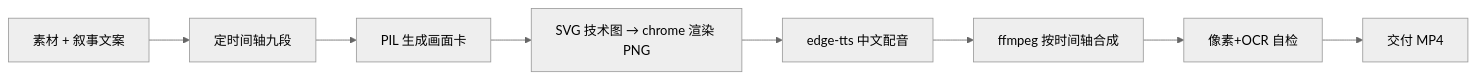
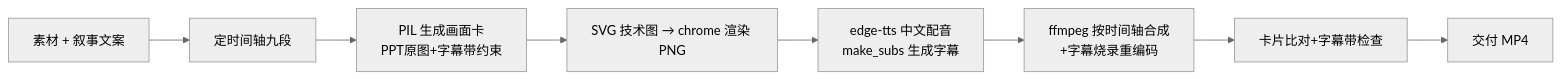
Before and after one commit to Frido0319/explainer-video-builder-skill: the diagram in README.md, drawn with Mermaid (neutral theme). The commit also changed other lines of this file and 9 other files, not shown here.

First line of the commit message:
Update skill: PPT原图铁律 + 自动中文字幕 + 字幕带约束

````diff
--- a/README.md
+++ b/README.md
@@ -92,10 +97,10 @@
 ```mermaid
 flowchart LR
   A[素材 + 叙事文案] --> B[定时间轴九段]
-  B --> C[PIL 生成画面卡]
+  B --> C[PIL 生成画面卡<br/>PPT原图+字幕带约束]
   C --> D[SVG 技术图 → chrome 渲染 PNG]
-  D --> E[edge-tts 中文配音]
-  E --> F[ffmpeg 按时间轴合成]
-  F --> G[像素+OCR 自检]
+  D --> E[edge-tts 中文配音<br/>make_subs 生成字幕]
+  E --> F[ffmpeg 按时间轴合成<br/>+字幕烧录重编码]
+  F --> G[卡片比对+字幕带检查]
   G --> H[交付 MP4]
 ```
````
